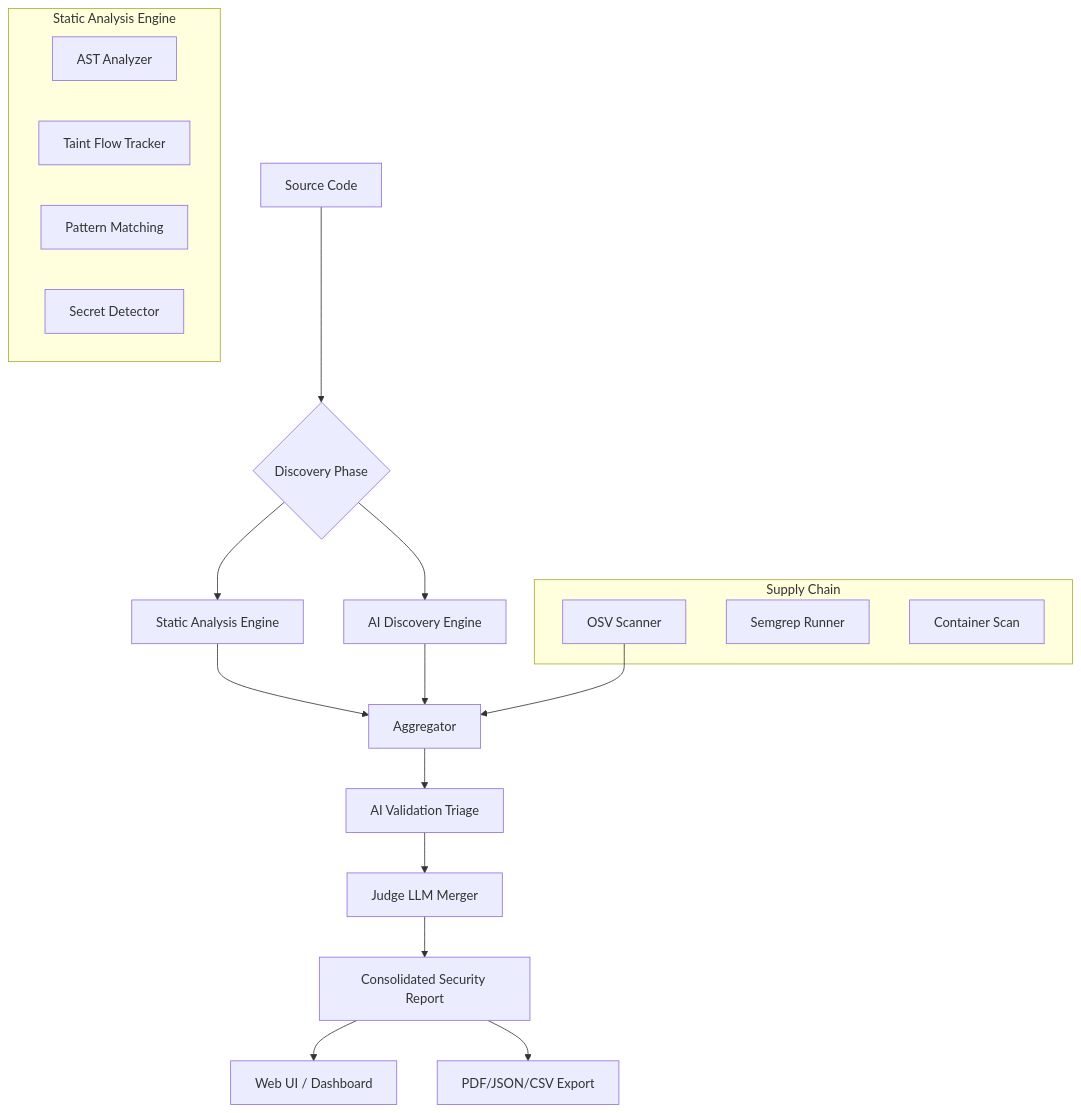
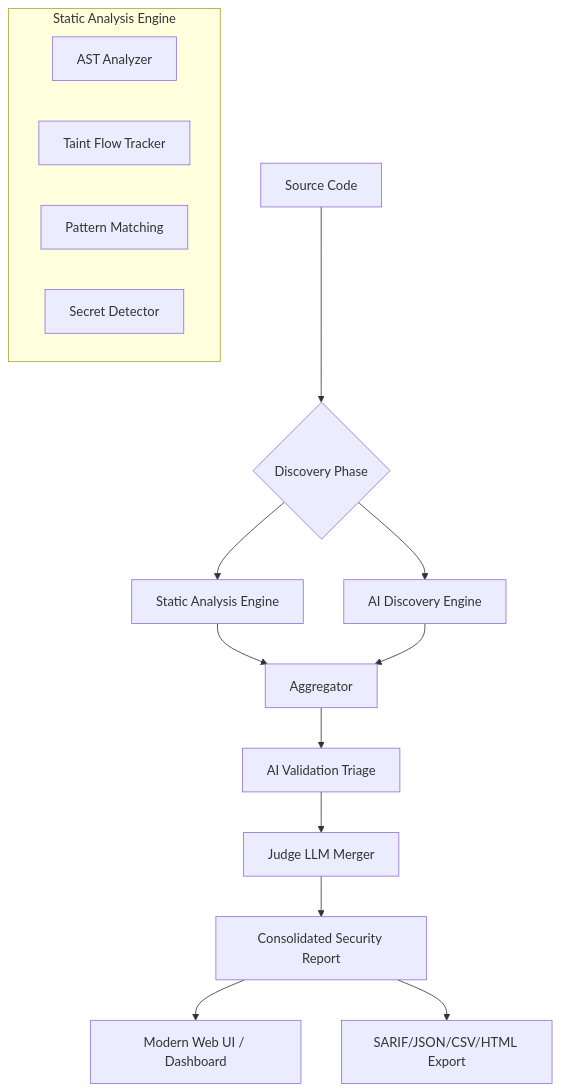
One commit to Gauravjha68535/QWEN_SCR_24_FEB_2026 changed the diagram in README.md. Above: the diagram before and after it, drawn with Mermaid. The commit also changed other lines of this file and 35 other files, not shown here.

````diff
--- a/README.md
+++ b/README.md
@@ -32,30 +30,23 @@
 ```mermaid
 graph TD
     A[Source Code] --> B{Discovery Phase}
     B --> C[Static Analysis Engine]
     B --> D[AI Discovery Engine]
     
     subgraph "Static Analysis Engine"
         C1[AST Analyzer]
         C2[Taint Flow Tracker]
         C3[Pattern Matching]
         C4[Secret Detector]
     end
-    
-    subgraph "Supply Chain"
-        S1[OSV Scanner]
-        S2[Semgrep Runner]
-        S3[Container Scan]
-    end
 
     C --> E[Aggregator]
     D --> E
-    S1 --> E
     
     E --> F[AI Validation Triage]
     F --> G[Judge LLM Merger]
     G --> H[Consolidated Security Report]
     
-    H --> I[Web UI / Dashboard]
-    H --> J[PDF/JSON/CSV Export]
+    H --> I[Modern Web UI / Dashboard]
+    H --> J[SARIF/JSON/CSV/HTML Export]
 ```
````
